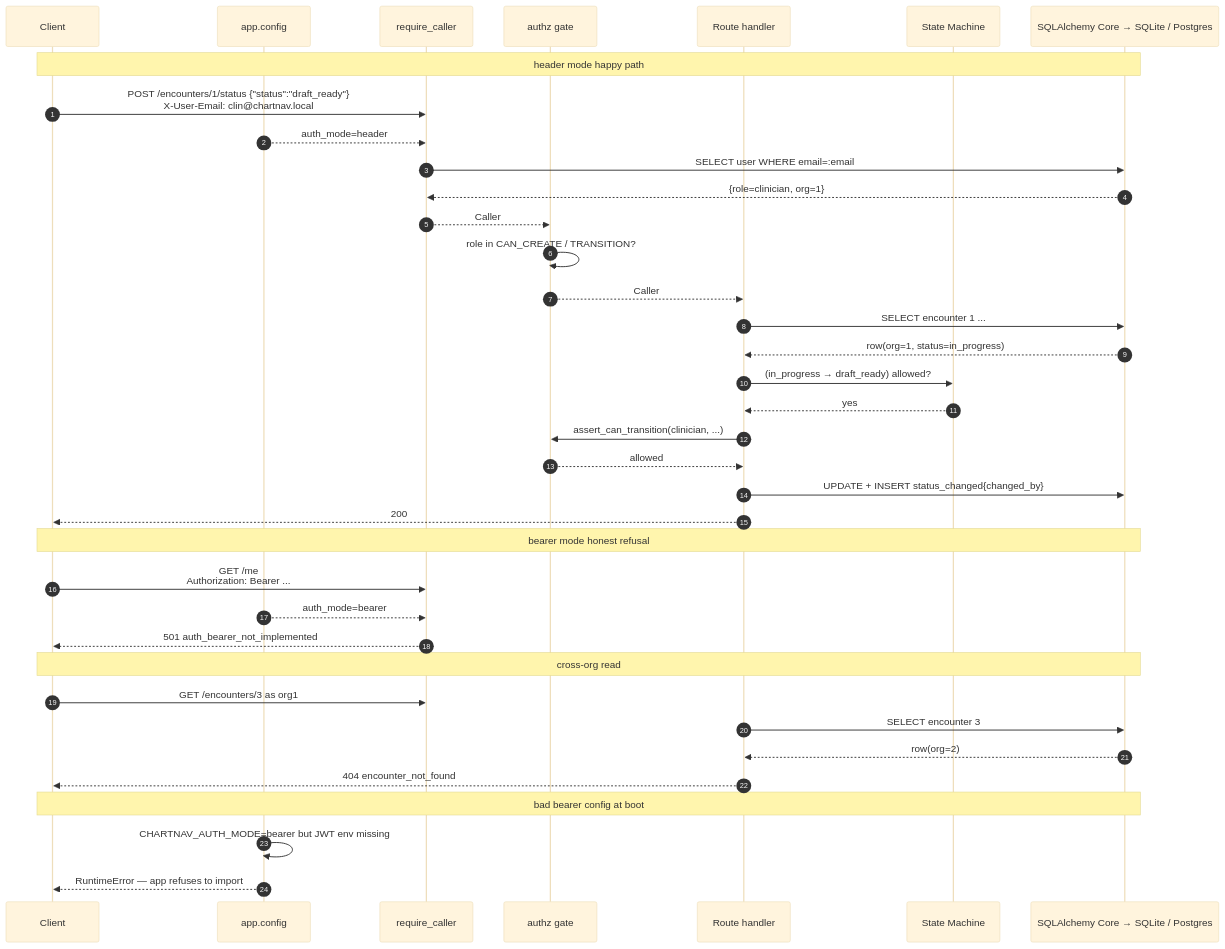
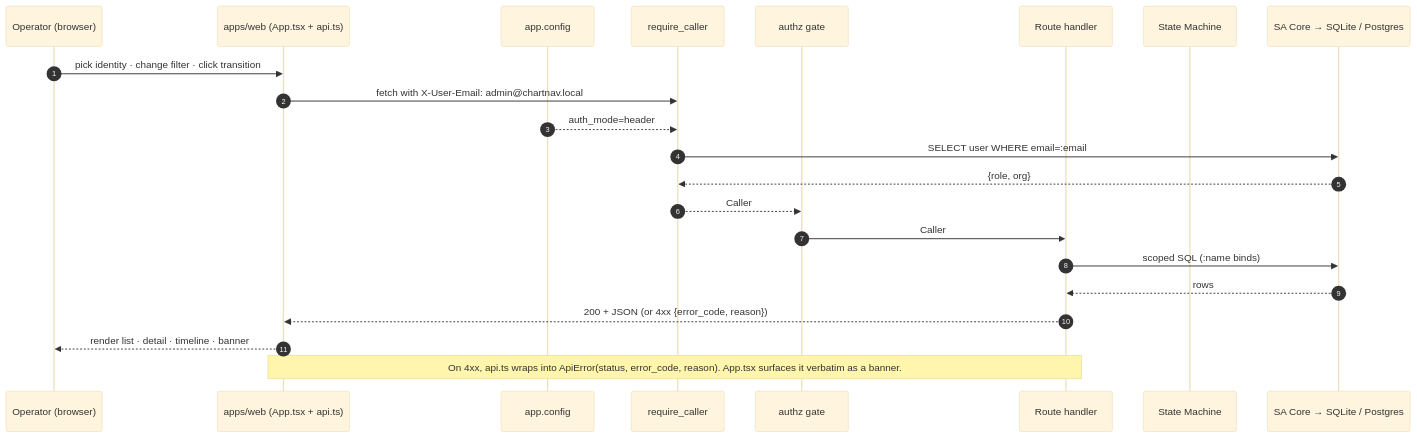
Before and after one commit to thekidd2227/chartnav-platform: the first of 3 diagrams in docs/diagrams/api-data-flow.md, drawn with Mermaid (base theme). The commit also changed other lines of this file and 19 other files, not shown here.

````diff
--- a/docs/diagrams/api-data-flow.md
+++ b/docs/diagrams/api-data-flow.md
@@ -5,43 +5,26 @@
 ```mermaid
 sequenceDiagram
   autonumber
-  participant C as Client
+  participant U as Operator (browser)
+  participant W as apps/web (App.tsx + api.ts)
   participant Cfg as app.config
   participant Authn as require_caller
   participant Authz as authz gate
   participant R as Route handler
   participant SM as State Machine
-  participant DB as SQLAlchemy Core → SQLite / Postgres
+  participant DB as SA Core → SQLite / Postgres
 
-  Note over C,DB: header mode happy path
-  C->>Authn: POST /encounters/1/status {"status":"draft_ready"}<br/>X-User-Email: clin@chartnav.local
+  U->>W: pick identity · change filter · click transition
+  W->>Authn: fetch with X-User-Email: admin@chartnav.local
   Cfg-->>Authn: auth_mode=header
   Authn->>DB: SELECT user WHERE email=:email
-  DB-->>Authn: {role=clinician, org=1}
+  DB-->>Authn: {role, org}
   Authn-->>Authz: Caller
-  Authz->>Authz: role in CAN_CREATE / TRANSITION?
-  Authz-->>R: Caller
-  R->>DB: SELECT encounter 1 ...
-  DB-->>R: row(org=1, status=in_progress)
-  R->>SM: (in_progress → draft_ready) allowed?
-  SM-->>R: yes
-  R->>Authz: assert_can_transition(clinician, ...)
-  Authz-->>R: allowed
-  R->>DB: UPDATE + INSERT status_changed{changed_by}
-  R-->>C: 200
+  Authz->>R: Caller
+  R->>DB: scoped SQL (:name binds)
+  DB-->>R: rows
+  R-->>W: 200 + JSON (or 4xx {error_code, reason})
+  W-->>U: render list · detail · timeline · banner
 
-  Note over C,DB: bearer mode honest refusal
-  C->>Authn: GET /me<br/>Authorization: Bearer ...
-  Cfg-->>Authn: auth_mode=bearer
-  Authn-->>C: 501 auth_bearer_not_implemented
-
-  Note over C,DB: cross-org read
-  C->>Authn: GET /encounters/3 as org1
-  R->>DB: SELECT encounter 3
-  DB-->>R: row(org=2)
-  R-->>C: 404 encounter_not_found
-
-  Note over C,DB: bad bearer config at boot
-  Cfg->>Cfg: CHARTNAV_AUTH_MODE=bearer but JWT env missing
-  Cfg-->>C: RuntimeError — app refuses to import
+  Note over W,R: On 4xx, api.ts wraps into ApiError(status, error_code, reason). App.tsx surfaces it verbatim as a banner.
 ```
````
